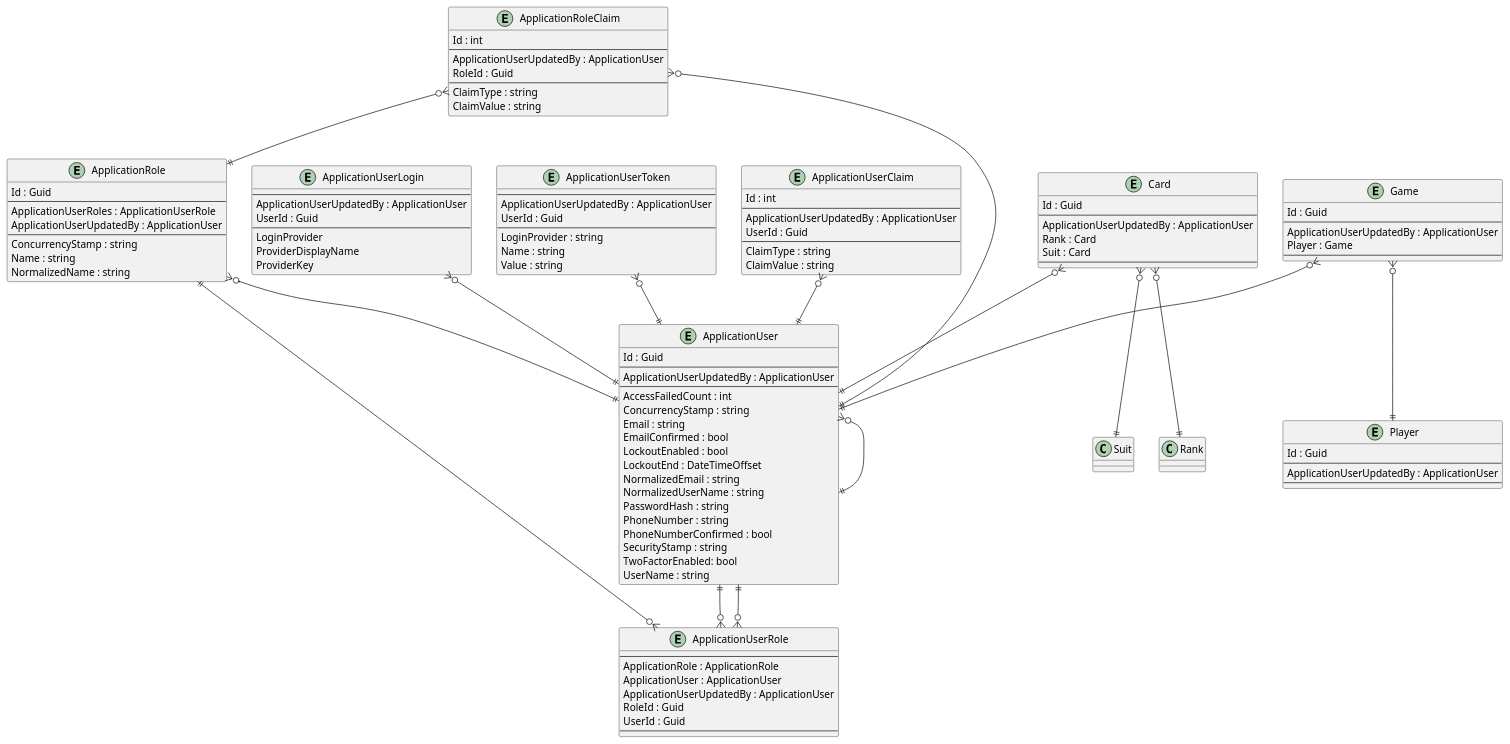
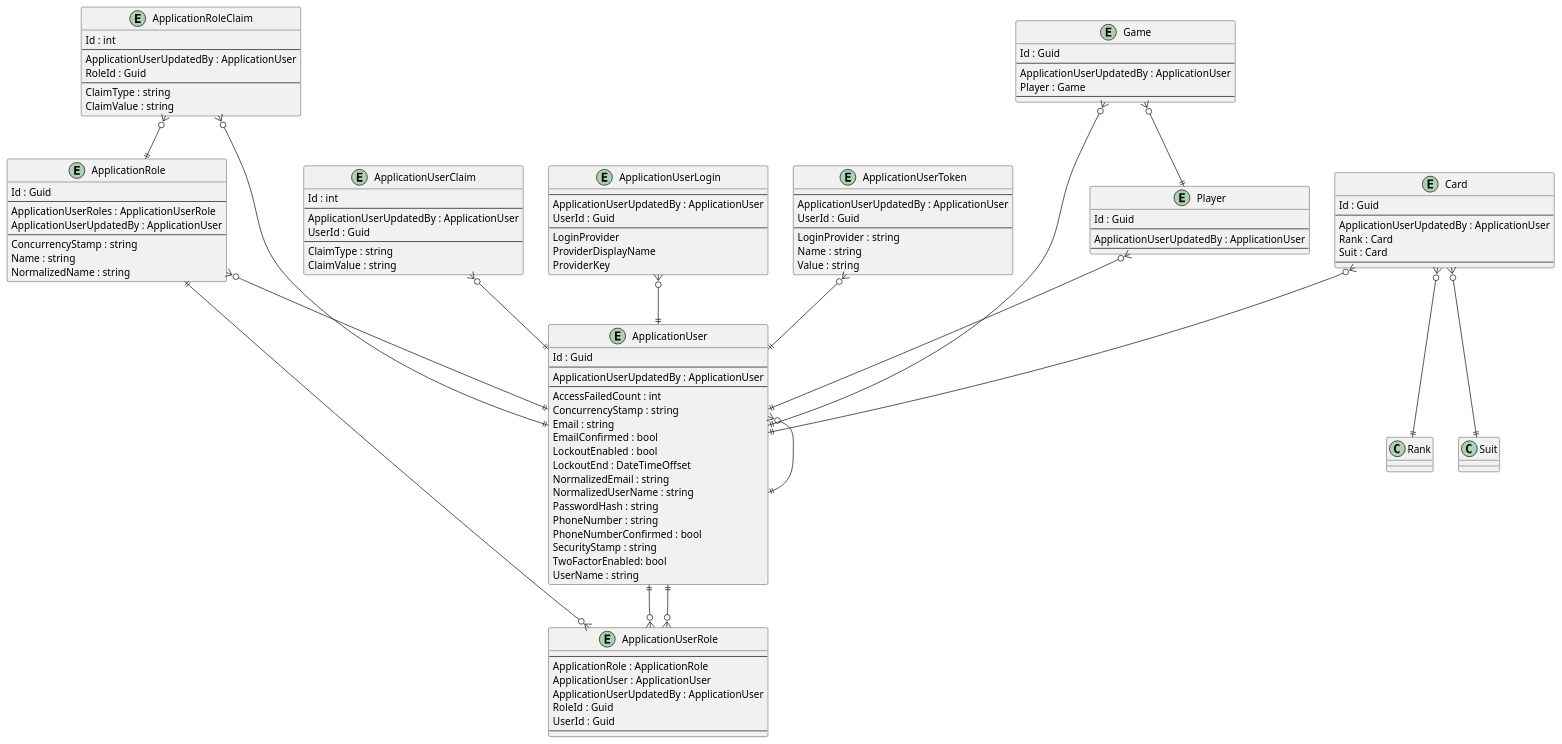
One commit to intrepion/intrepion_klondike-solitaire_csharp changed the diagram in .docs/Intrepion.KlondikeSolitaire.pu. Above: the diagram before and after it, drawn with PlantUML.

```diff
--- a/.docs/Intrepion.KlondikeSolitaire.pu
+++ b/.docs/Intrepion.KlondikeSolitaire.pu
@@ -1,136 +1,137 @@
 @startuml
 
 entity ApplicationRole {
     Id : Guid
     --
     ApplicationUserRoles : ApplicationUserRole
     ApplicationUserUpdatedBy : ApplicationUser
     --
     ConcurrencyStamp : string
     Name : string
     NormalizedName : string
 }
 
 entity ApplicationRoleClaim {
     Id : int
     --
     ApplicationUserUpdatedBy : ApplicationUser
     RoleId : Guid
     --
     ClaimType : string
     ClaimValue : string
 }
 
 entity ApplicationUser {
     Id : Guid
     --
     ApplicationUserUpdatedBy : ApplicationUser
     ' ApplicationUserKeyCodePlaceholder
     --
     AccessFailedCount : int
     ConcurrencyStamp : string
     Email : string
     EmailConfirmed : bool
     LockoutEnabled : bool
     LockoutEnd : DateTimeOffset
     NormalizedEmail : string
     NormalizedUserName : string
     PasswordHash : string
     PhoneNumber : string
     PhoneNumberConfirmed : bool
     SecurityStamp : string
     TwoFactorEnabled: bool
     UserName : string
 }
 
 entity ApplicationUserClaim {
     Id : int
     --
     ApplicationUserUpdatedBy : ApplicationUser
     UserId : Guid
     --
     ClaimType : string
     ClaimValue : string
 }
 
 entity ApplicationUserLogin {
     --
     ApplicationUserUpdatedBy : ApplicationUser
     UserId : Guid
     --
     LoginProvider
     ProviderDisplayName
     ProviderKey
 }
 
 entity ApplicationUserRole {
     --
     ApplicationRole : ApplicationRole
     ApplicationUser : ApplicationUser
     ApplicationUserUpdatedBy : ApplicationUser
     RoleId : Guid
     UserId : Guid
     --
 }
 
 entity ApplicationUserToken {
     --
     ApplicationUserUpdatedBy : ApplicationUser
     UserId : Guid
     --
     LoginProvider : string
     Name : string
     Value : string
 }
 
 entity Card {
     Id : Guid
     --
     ApplicationUserUpdatedBy : ApplicationUser
     Rank : Card
     Suit : Card
     ' CardKeyCodePlaceholder
     --
     ' CardPropertyCodePlaceholder
 }
 
 entity Game {
     Id : Guid
     --
     ApplicationUserUpdatedBy : ApplicationUser
     Player : Game
     ' GameKeyCodePlaceholder
     --
     ' GamePropertyCodePlaceholder
 }
 
 entity Player {
     Id : Guid
     --
     ApplicationUserUpdatedBy : ApplicationUser
     ' PlayerKeyCodePlaceholder
     --
     ' PlayerPropertyCodePlaceholder
 }
 
 ' EntityCodePlaceholder
 
 ApplicationRole ||--o{ ApplicationUserRole
 ApplicationRole }o--|| ApplicationUser
 ApplicationRoleClaim }o--|| ApplicationRole
 ApplicationRoleClaim }o--|| ApplicationUser
 ApplicationUser }o--|| ApplicationUser
 ApplicationUser ||--o{ ApplicationUserRole
 ApplicationUserClaim }o--|| ApplicationUser
 ApplicationUserLogin }o--|| ApplicationUser
 ApplicationUserRole }o--|| ApplicationUser
 ApplicationUserToken }o--|| ApplicationUser
 
 Card }o--|| ApplicationUser
 Card }o--|| Rank
 Card }o--|| Suit
 Game }o--|| ApplicationUser
 Game }o--|| Player
+Player }o--|| ApplicationUser
 ' RelationshipCodePlaceholder
 
 @enduml
```
